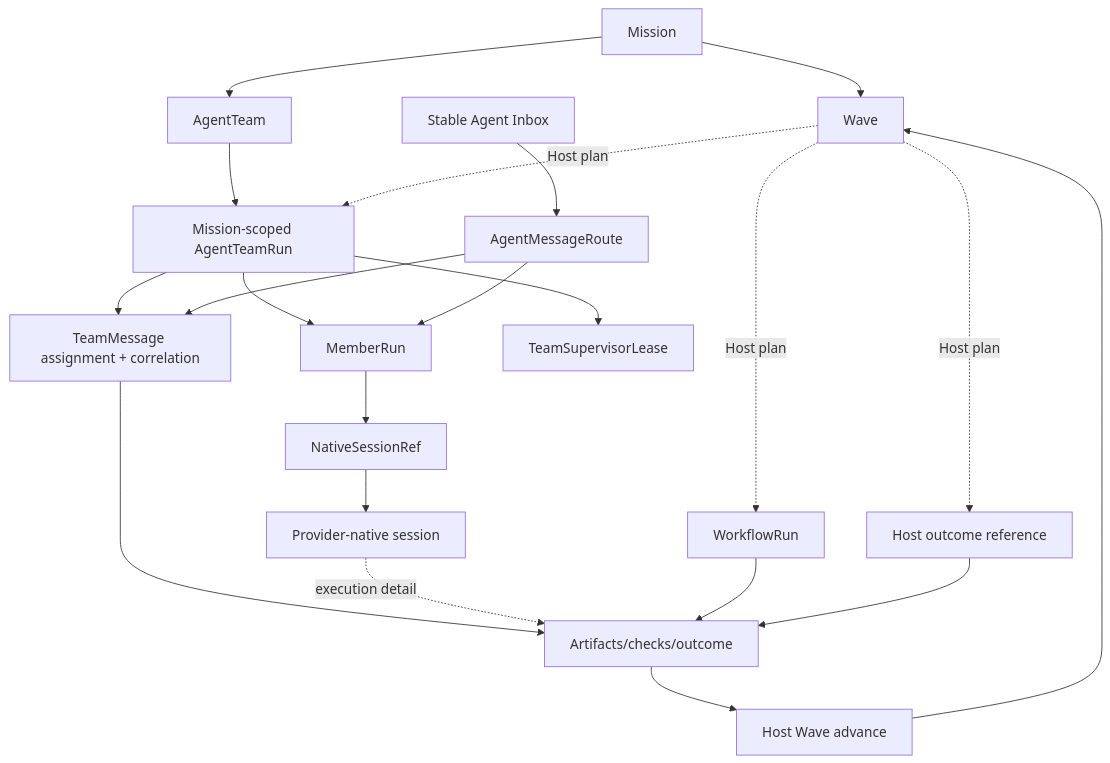
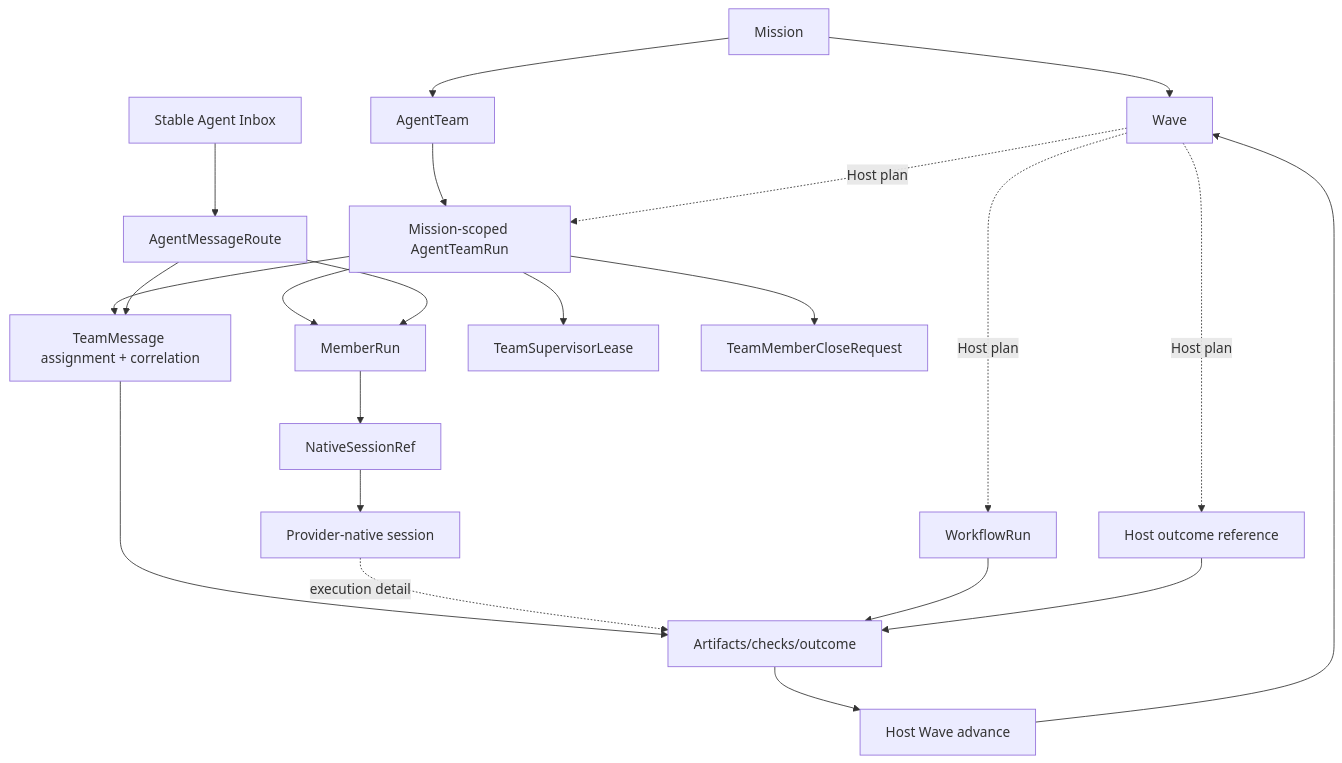
One commit to cyl19970726/multi-agent-harness changed the diagram in docs/data-model.md. Above: the diagram before and after it, drawn with Mermaid. The commit also changed other lines of this file and 18 other files, not shown here.

Commit message:
fix(agent-team): persist member close requests

````diff
--- a/docs/data-model.md
+++ b/docs/data-model.md
@@ -73,23 +76,24 @@
 ```mermaid
 flowchart TD
   Mission[Mission] --> Wave[Wave]
   Mission --> Team[AgentTeam]
   Team --> TeamRun[Mission-scoped AgentTeamRun]
   Wave -. Host plan .-> TeamRun
   Wave -. Host plan .-> WorkflowRun[WorkflowRun]
   Wave -. Host plan .-> HostRun[Host outcome reference]
   TeamRun --> TeamMsg[TeamMessage assignment + correlation]
   TeamRun --> Member[MemberRun]
   TeamRun --> Supervisor[TeamSupervisorLease]
+  TeamRun --> CloseRequest[TeamMemberCloseRequest]
   AgentInbox[Stable Agent Inbox] --> Route[AgentMessageRoute]
   Route --> TeamMsg
   Route --> Member
   Member --> Binding[NativeSessionRef]
   Binding --> Session[Provider-native session]
   TeamMsg --> Artifact[Artifacts/checks/outcome]
   Session -. execution detail .-> Artifact
   WorkflowRun --> Artifact
   HostRun --> Artifact
   Artifact --> Gate[Host Wave advance]
   Gate --> Wave
 ```
````
